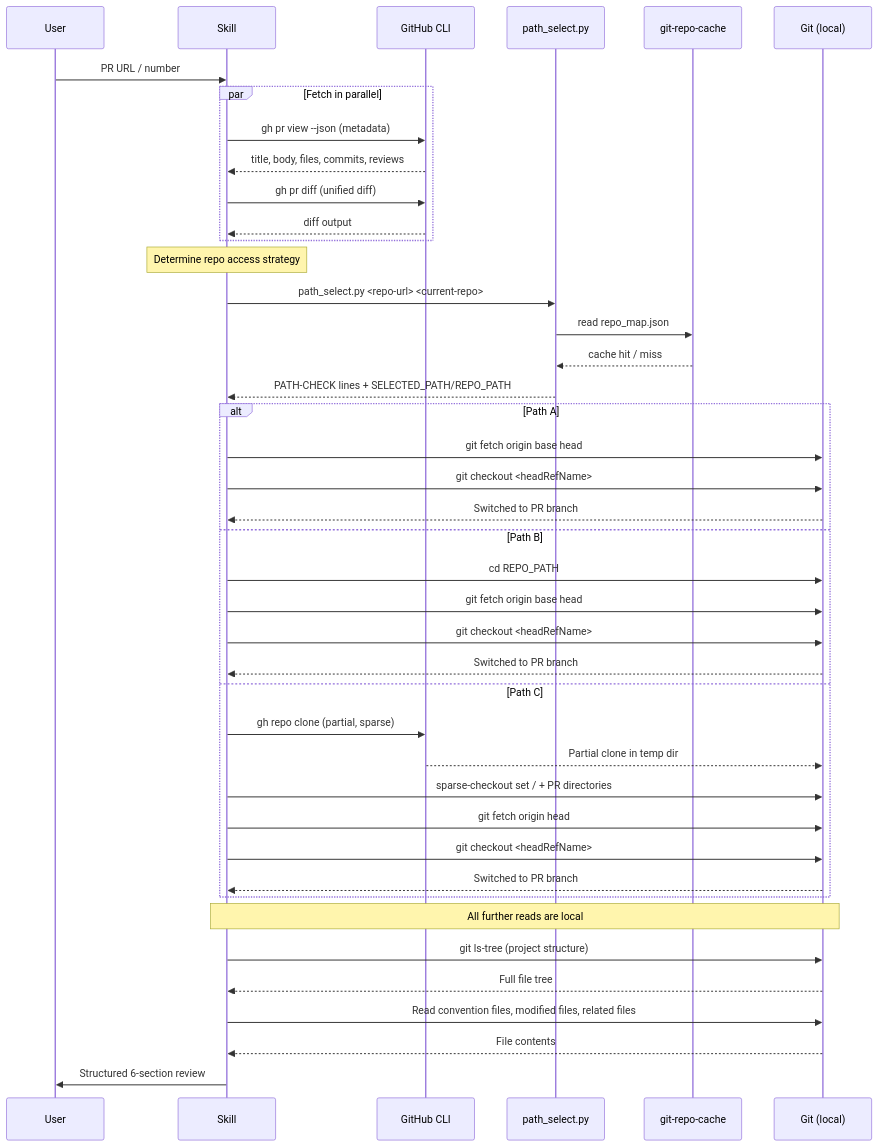
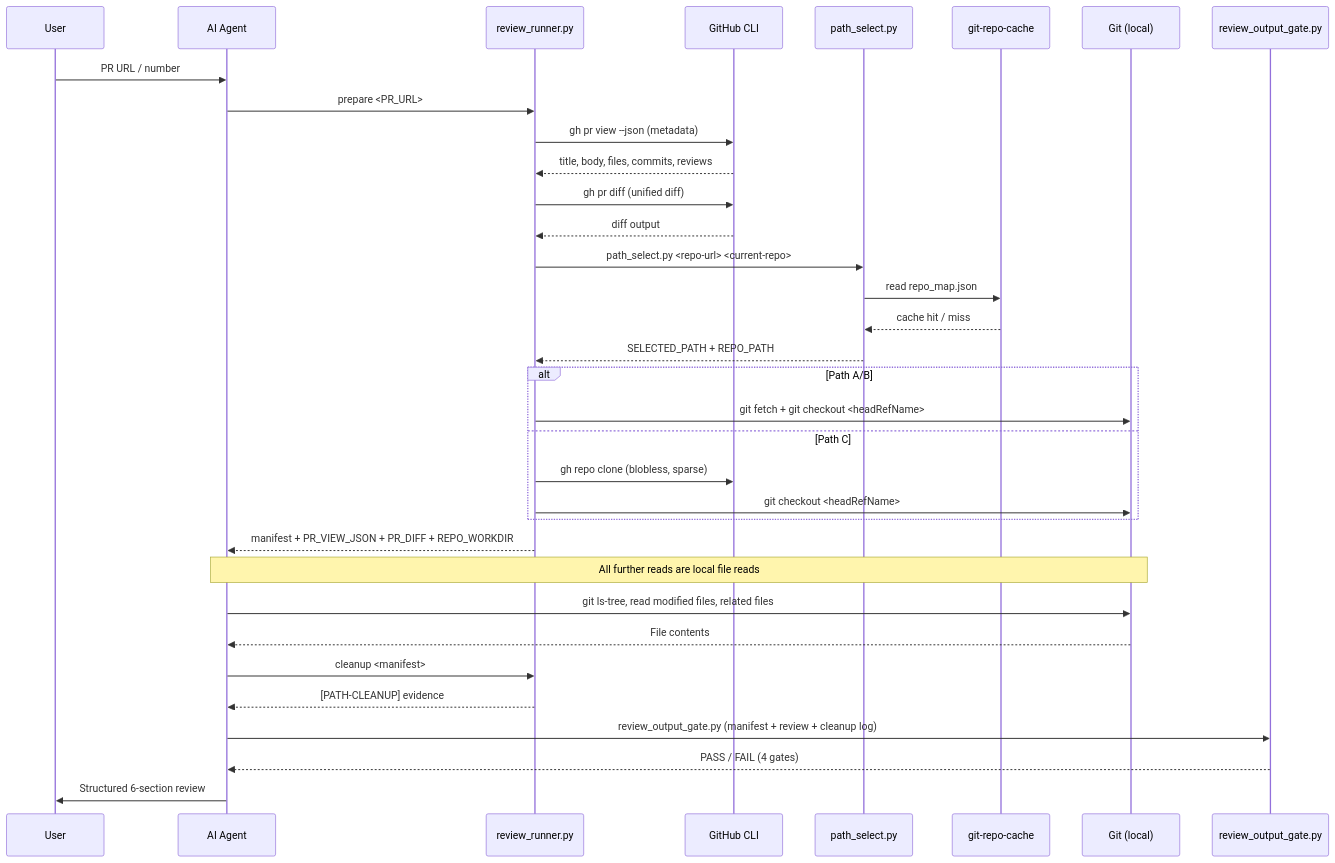
Before and after one commit to jie-meng/ai-skills: the second of 3 diagrams in mythril_agent_skills/skills/github-code-review-pr/README.md, drawn with Mermaid. The commit also changed other lines of this file and 4 other files, not shown here.

First line of the commit message:
[github-code-review-pr] add bundled runner scripts with quality gates for deterministic PR reviews

````diff
--- a/mythril_agent_skills/skills/github-code-review-pr/README.md
+++ b/mythril_agent_skills/skills/github-code-review-pr/README.md
@@ -53,52 +94,45 @@
 ```mermaid
 sequenceDiagram
     participant User
-    participant Skill
+    participant Skill as AI Agent
+    participant Runner as review_runner.py
     participant gh as GitHub CLI
     participant PathSel as path_select.py
     participant Cache as git-repo-cache
     participant Git as Git (local)
+    participant Gate as review_output_gate.py
 
     User->>Skill: PR URL / number
-    
-    par Fetch in parallel
-        Skill->>gh: gh pr view --json (metadata)
-        gh-->>Skill: title, body, files, commits, reviews
-        Skill->>gh: gh pr diff (unified diff)
-        gh-->>Skill: diff output
+
+    Skill->>Runner: prepare <PR_URL>
+    Runner->>gh: gh pr view --json (metadata)
+    gh-->>Runner: title, body, files, commits, reviews
+    Runner->>gh: gh pr diff (unified diff)
+    gh-->>Runner: diff output
+    Runner->>PathSel: path_select.py <repo-url> <current-repo>
+    PathSel->>Cache: read repo_map.json
+    Cache-->>PathSel: cache hit / miss
+    PathSel-->>Runner: SELECTED_PATH + REPO_PATH
+
+    alt Path A/B
+        Runner->>Git: git fetch + git checkout <headRefName>
+    else Path C
+        Runner->>gh: gh repo clone (blobless, sparse)
+        Runner->>Git: git checkout <headRefName>
     end
 
-    Note over Skill: Determine repo access strategy
-    Skill->>PathSel: path_select.py <repo-url> <current-repo>
-    PathSel->>Cache: read repo_map.json
-    Cache-->>PathSel: cache hit / miss
-    PathSel-->>Skill: PATH-CHECK lines + SELECTED_PATH/REPO_PATH
+    Runner-->>Skill: manifest + PR_VIEW_JSON + PR_DIFF + REPO_WORKDIR
 
-    alt Path A
-        Skill->>Git: git fetch origin base head
-        Skill->>Git: git checkout <headRefName>
-        Git-->>Skill: Switched to PR branch
-    else Path B
-        Skill->>Git: cd REPO_PATH
-        Skill->>Git: git fetch origin base head
-        Skill->>Git: git checkout <headRefName>
-        Git-->>Skill: Switched to PR branch
-    else Path C
-        Skill->>gh: gh repo clone (partial, sparse)
-        gh-->>Git: Partial clone in temp dir
-        Skill->>Git: sparse-checkout set / + PR directories
-        Skill->>Git: git fetch origin head
-        Skill->>Git: git checkout <headRefName>
-        Git-->>Skill: Switched to PR branch
-    end
+    Note over Skill,Git: All further reads are local file reads
 
-    Note over Skill,Git: All further reads are local
+    Skill->>Git: git ls-tree, read modified files, related files
+    Git-->>Skill: File contents
 
-    Skill->>Git: git ls-tree (project structure)
-    Git-->>Skill: Full file tree
+    Skill->>Runner: cleanup <manifest>
+    Runner-->>Skill: [PATH-CLEANUP] evidence
 
-    Skill->>Git: Read convention files, modified files, related files
-    Git-->>Skill: File contents
+    Skill->>Gate: review_output_gate.py (manifest + review + cleanup log)
+    Gate-->>Skill: PASS / FAIL (4 gates)
 
     Skill->>User: Structured 6-section review
 ```
````
